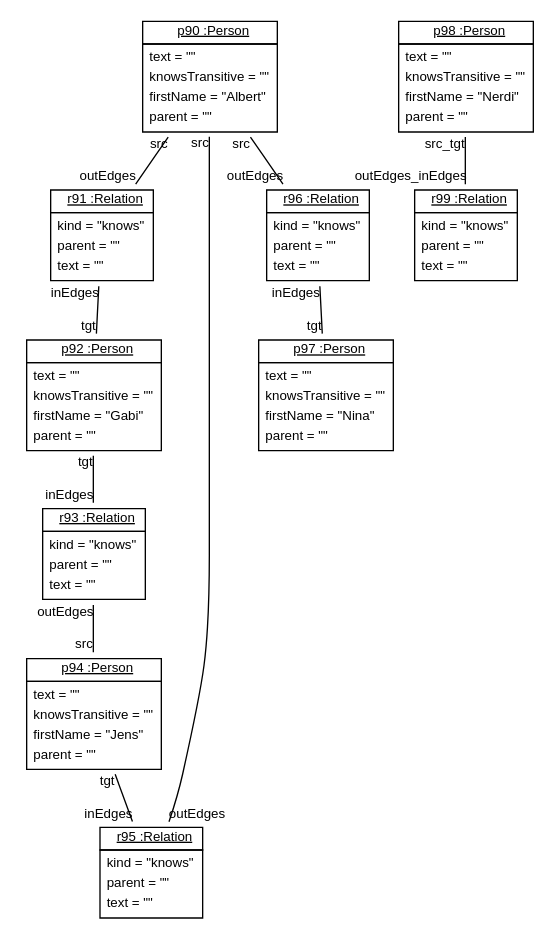
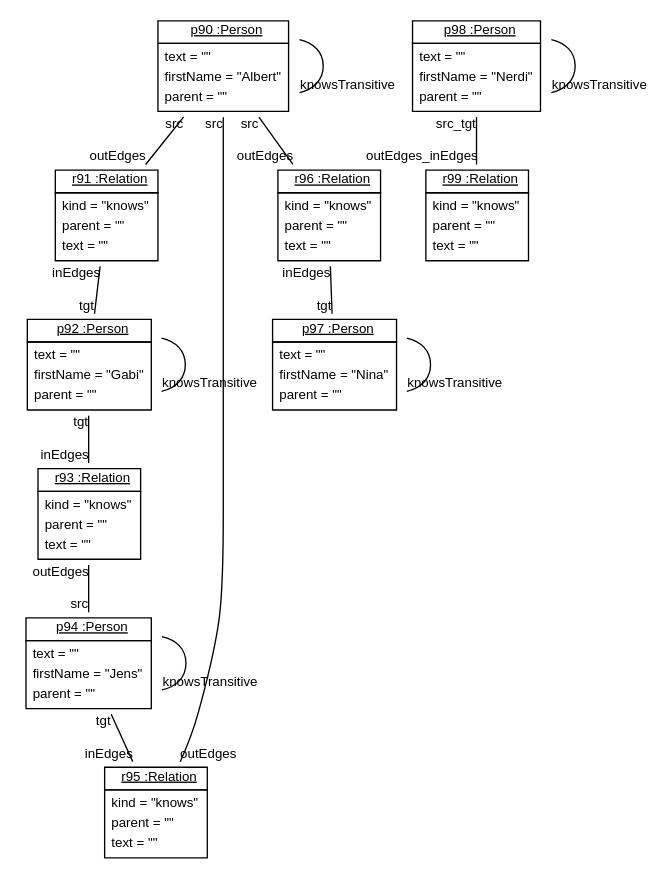
One commit to fujaba/SDMLib changed the diagram in doc/BanfM2MTransformation53.dot. Above: the diagram before and after it, drawn with Graphviz. The commit also changed 130 other files, not shown here.

```diff
--- a/doc/BanfM2MTransformation53.dot
+++ b/doc/BanfM2MTransformation53.dot
@@ -1,26 +1,31 @@
 graph ObjectDiagram {
    node [shape = none, fontsize = 10, fontname = "Arial"];
    edge [fontsize = 10, fontname = "Arial"];
    compound=true;
 
-p90 [label=<<table border='0' cellborder='1' cellspacing='0'> <tr> <td href="../examples/org/sdmlib/examples/m2m/Person.java"> <u>p90 :Person</u></td></tr><tr><td><table border='0' cellborder='0' cellspacing='0'><tr><td align='left'>text = ""</td></tr><tr><td align='left'>knowsTransitive = ""</td></tr><tr><td align='left'>firstName = "Albert"</td></tr><tr><td align='left'>parent = ""</td></tr></table></td></tr></table>>];
+p90 [label=<<table border='0' cellborder='1' cellspacing='0'> <tr> <td href="../examples/org/sdmlib/examples/m2m/Person.java"> <u>p90 :Person</u></td></tr><tr><td><table border='0' cellborder='0' cellspacing='0'><tr><td align='left'>text = ""</td></tr><tr><td align='left'>firstName = "Albert"</td></tr><tr><td align='left'>parent = ""</td></tr></table></td></tr></table>>];
 r91 [label=<<table border='0' cellborder='1' cellspacing='0'> <tr> <td href="../examples/org/sdmlib/examples/m2m/Relation.java"> <u>r91 :Relation</u></td></tr><tr><td><table border='0' cellborder='0' cellspacing='0'><tr><td align='left'>kind = "knows"</td></tr><tr><td align='left'>parent = ""</td></tr><tr><td align='left'>text = ""</td></tr></table></td></tr></table>>];
-p92 [label=<<table border='0' cellborder='1' cellspacing='0'> <tr> <td href="../examples/org/sdmlib/examples/m2m/Person.java"> <u>p92 :Person</u></td></tr><tr><td><table border='0' cellborder='0' cellspacing='0'><tr><td align='left'>text = ""</td></tr><tr><td align='left'>knowsTransitive = ""</td></tr><tr><td align='left'>firstName = "Gabi"</td></tr><tr><td align='left'>parent = ""</td></tr></table></td></tr></table>>];
+p92 [label=<<table border='0' cellborder='1' cellspacing='0'> <tr> <td href="../examples/org/sdmlib/examples/m2m/Person.java"> <u>p92 :Person</u></td></tr><tr><td><table border='0' cellborder='0' cellspacing='0'><tr><td align='left'>text = ""</td></tr><tr><td align='left'>firstName = "Gabi"</td></tr><tr><td align='left'>parent = ""</td></tr></table></td></tr></table>>];
 r93 [label=<<table border='0' cellborder='1' cellspacing='0'> <tr> <td href="../examples/org/sdmlib/examples/m2m/Relation.java"> <u>r93 :Relation</u></td></tr><tr><td><table border='0' cellborder='0' cellspacing='0'><tr><td align='left'>kind = "knows"</td></tr><tr><td align='left'>parent = ""</td></tr><tr><td align='left'>text = ""</td></tr></table></td></tr></table>>];
-p94 [label=<<table border='0' cellborder='1' cellspacing='0'> <tr> <td href="../examples/org/sdmlib/examples/m2m/Person.java"> <u>p94 :Person</u></td></tr><tr><td><table border='0' cellborder='0' cellspacing='0'><tr><td align='left'>text = ""</td></tr><tr><td align='left'>knowsTransitive = ""</td></tr><tr><td align='left'>firstName = "Jens"</td></tr><tr><td align='left'>parent = ""</td></tr></table></td></tr></table>>];
+p94 [label=<<table border='0' cellborder='1' cellspacing='0'> <tr> <td href="../examples/org/sdmlib/examples/m2m/Person.java"> <u>p94 :Person</u></td></tr><tr><td><table border='0' cellborder='0' cellspacing='0'><tr><td align='left'>text = ""</td></tr><tr><td align='left'>firstName = "Jens"</td></tr><tr><td align='left'>parent = ""</td></tr></table></td></tr></table>>];
 r95 [label=<<table border='0' cellborder='1' cellspacing='0'> <tr> <td href="../examples/org/sdmlib/examples/m2m/Relation.java"> <u>r95 :Relation</u></td></tr><tr><td><table border='0' cellborder='0' cellspacing='0'><tr><td align='left'>kind = "knows"</td></tr><tr><td align='left'>parent = ""</td></tr><tr><td align='left'>text = ""</td></tr></table></td></tr></table>>];
 r96 [label=<<table border='0' cellborder='1' cellspacing='0'> <tr> <td href="../examples/org/sdmlib/examples/m2m/Relation.java"> <u>r96 :Relation</u></td></tr><tr><td><table border='0' cellborder='0' cellspacing='0'><tr><td align='left'>kind = "knows"</td></tr><tr><td align='left'>parent = ""</td></tr><tr><td align='left'>text = ""</td></tr></table></td></tr></table>>];
-p97 [label=<<table border='0' cellborder='1' cellspacing='0'> <tr> <td href="../examples/org/sdmlib/examples/m2m/Person.java"> <u>p97 :Person</u></td></tr><tr><td><table border='0' cellborder='0' cellspacing='0'><tr><td align='left'>text = ""</td></tr><tr><td align='left'>knowsTransitive = ""</td></tr><tr><td align='left'>firstName = "Nina"</td></tr><tr><td align='left'>parent = ""</td></tr></table></td></tr></table>>];
-p98 [label=<<table border='0' cellborder='1' cellspacing='0'> <tr> <td href="../examples/org/sdmlib/examples/m2m/Person.java"> <u>p98 :Person</u></td></tr><tr><td><table border='0' cellborder='0' cellspacing='0'><tr><td align='left'>text = ""</td></tr><tr><td align='left'>knowsTransitive = ""</td></tr><tr><td align='left'>firstName = "Nerdi"</td></tr><tr><td align='left'>parent = ""</td></tr></table></td></tr></table>>];
+p97 [label=<<table border='0' cellborder='1' cellspacing='0'> <tr> <td href="../examples/org/sdmlib/examples/m2m/Person.java"> <u>p97 :Person</u></td></tr><tr><td><table border='0' cellborder='0' cellspacing='0'><tr><td align='left'>text = ""</td></tr><tr><td align='left'>firstName = "Nina"</td></tr><tr><td align='left'>parent = ""</td></tr></table></td></tr></table>>];
+p98 [label=<<table border='0' cellborder='1' cellspacing='0'> <tr> <td href="../examples/org/sdmlib/examples/m2m/Person.java"> <u>p98 :Person</u></td></tr><tr><td><table border='0' cellborder='0' cellspacing='0'><tr><td align='left'>text = ""</td></tr><tr><td align='left'>firstName = "Nerdi"</td></tr><tr><td align='left'>parent = ""</td></tr></table></td></tr></table>>];
 r99 [label=<<table border='0' cellborder='1' cellspacing='0'> <tr> <td href="../examples/org/sdmlib/examples/m2m/Relation.java"> <u>r99 :Relation</u></td></tr><tr><td><table border='0' cellborder='0' cellspacing='0'><tr><td align='left'>kind = "knows"</td></tr><tr><td align='left'>parent = ""</td></tr><tr><td align='left'>text = ""</td></tr></table></td></tr></table>>];
 
 p90 -- r91 [headlabel = "outEdges" taillabel = "src"];
 p90 -- r95 [headlabel = "outEdges" taillabel = "src"];
 p90 -- r96 [headlabel = "outEdges" taillabel = "src"];
+p90 -- p90 [headlabel = "knowsTransitive" taillabel = ""];
 r91 -- p92 [headlabel = "tgt" taillabel = "inEdges"];
 p92 -- r93 [headlabel = "inEdges" taillabel = "tgt"];
+p92 -- p92 [headlabel = "knowsTransitive" taillabel = ""];
 r93 -- p94 [headlabel = "src" taillabel = "outEdges"];
 p94 -- r95 [headlabel = "inEdges" taillabel = "tgt"];
+p94 -- p94 [headlabel = "knowsTransitive" taillabel = ""];
 r96 -- p97 [headlabel = "tgt" taillabel = "inEdges"];
+p97 -- p97 [headlabel = "knowsTransitive" taillabel = ""];
 p98 -- r99 [headlabel = "outEdges_inEdges" taillabel = "src_tgt"];
+p98 -- p98 [headlabel = "knowsTransitive" taillabel = ""];
 }
```
